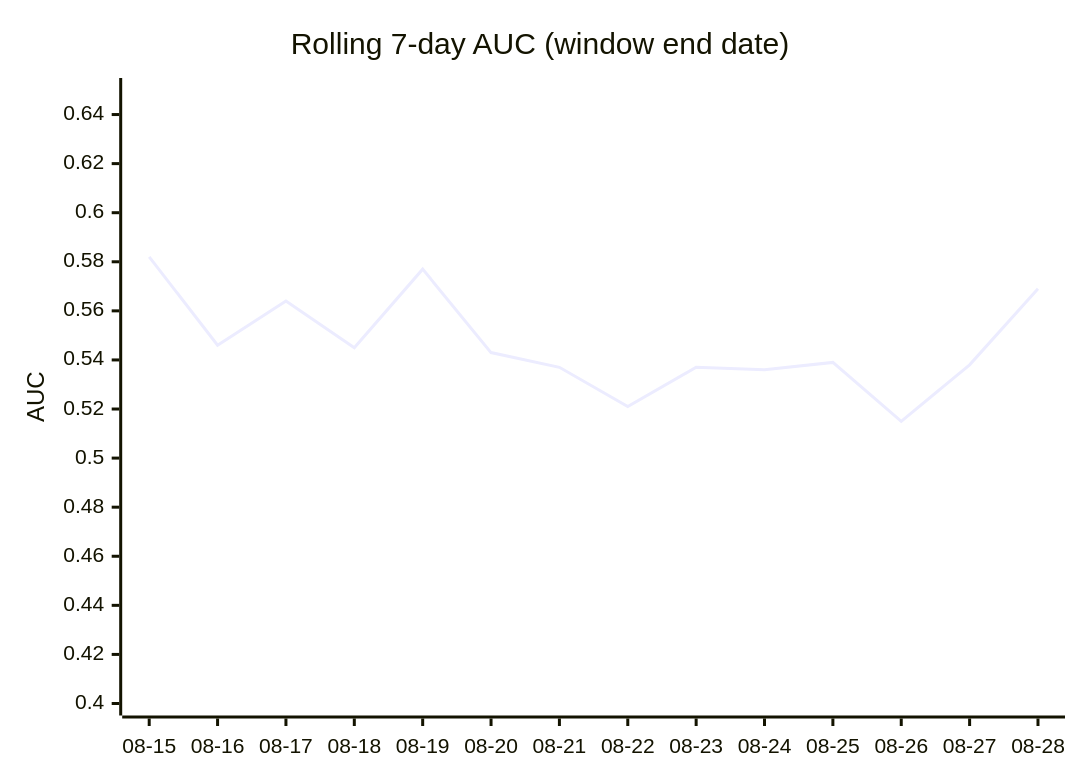
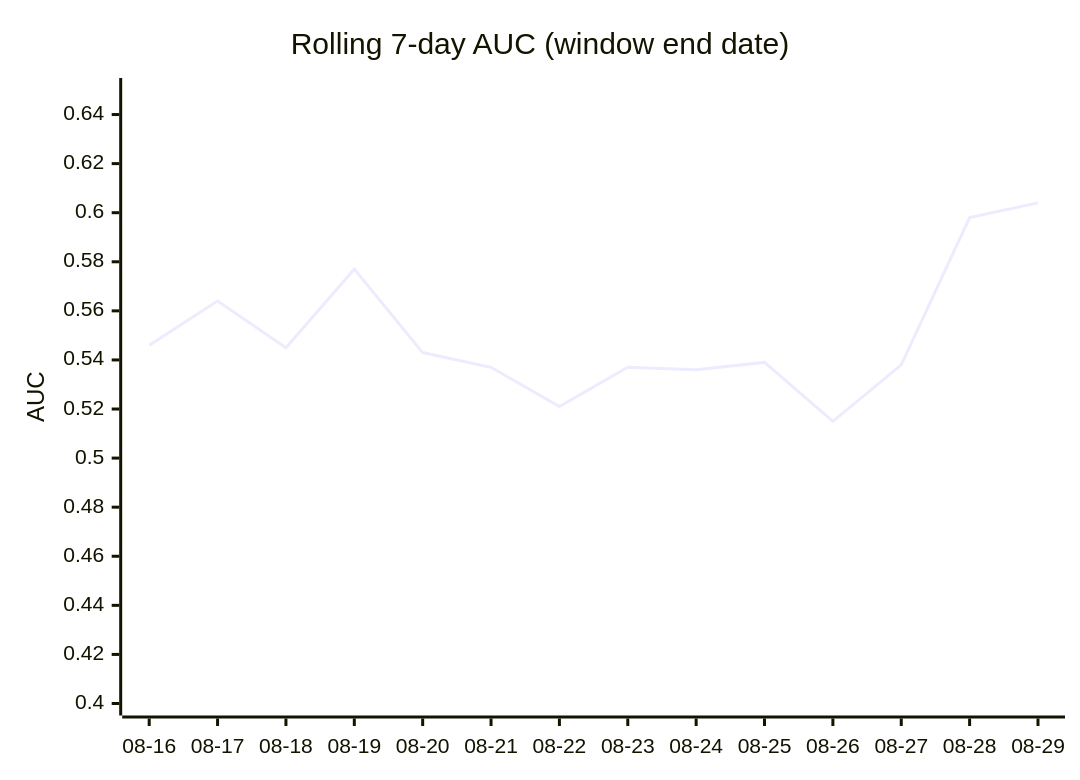
One commit to dpk1212/nhl-savant changed the third of 4 diagrams in DAILY_AGSU_REPORT.md. Above: the diagram before and after it, drawn with Mermaid. The commit also changed other lines of this file, not shown here.

````diff
--- a/DAILY_AGSU_REPORT.md
+++ b/DAILY_AGSU_REPORT.md
@@ -831,7 +839,7 @@
 ```mermaid
 xychart-beta
     title "Rolling 7-day AUC (window end date)"
-    x-axis ["08-15", "08-16", "08-17", "08-18", "08-19", "08-20", "08-21", "08-22", "08-23", "08-24", "08-25", "08-26", "08-27", "08-28"]
+    x-axis ["08-16", "08-17", "08-18", "08-19", "08-20", "08-21", "08-22", "08-23", "08-24", "08-25", "08-26", "08-27", "08-28", "08-29"]
     y-axis "AUC" 0.4 --> 0.65
-    line [0.582, 0.546, 0.564, 0.545, 0.577, 0.543, 0.537, 0.521, 0.537, 0.536, 0.539, 0.515, 0.538, 0.569]
+    line [0.546, 0.564, 0.545, 0.577, 0.543, 0.537, 0.521, 0.537, 0.536, 0.539, 0.515, 0.538, 0.598, 0.604]
 ```
````
